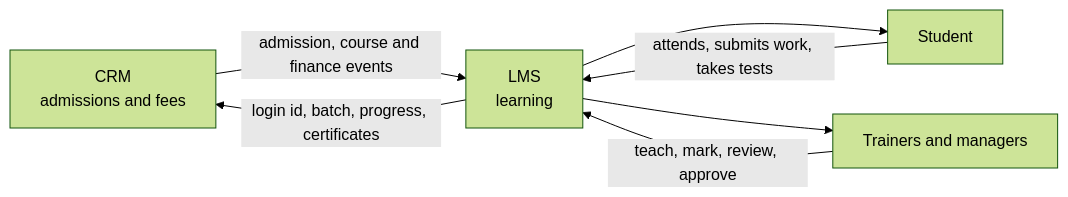
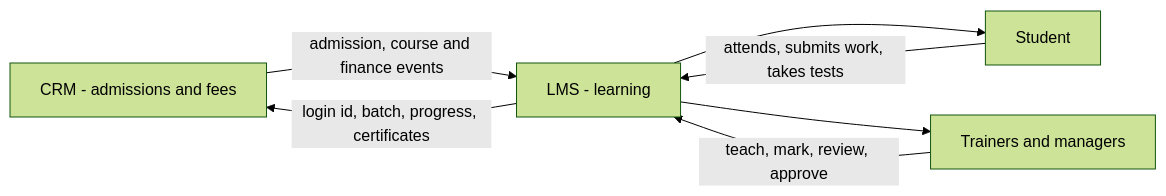
One commit to misterpk-18/nipunalms changed the first of 17 diagrams in docs/PRODUCT_GUIDE.md. Above: the diagram before and after it, drawn with Mermaid (forest theme). The commit also changed other lines of this file, not shown here.

Commit message:
Product guide: simpler Mermaid syntax, taller layouts, assignment and test charts split

````diff
--- a/docs/PRODUCT_GUIDE.md
+++ b/docs/PRODUCT_GUIDE.md
@@ -20,14 +20,14 @@
 ```mermaid
 flowchart LR
-    CRM["CRM<br/>admissions and fees"]
-    LMS["LMS<br/>learning"]
+    CRM["CRM - admissions and fees"]
+    LMS["LMS - learning"]
     STU["Student"]
     STAFF["Trainers and managers"]
 
     CRM -->|"admission, course and finance events"| LMS
     LMS -->|"login id, batch, progress, certificates"| CRM
     LMS --> STU
     LMS --> STAFF
     STU -->|"attends, submits work, takes tests"| LMS
     STAFF -->|"teach, mark, review, approve"| LMS
 ```
````
